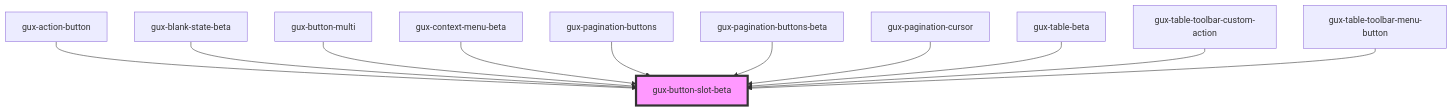
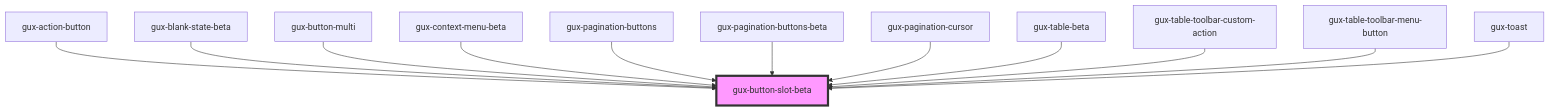
The diagram in packages/genesys-spark-components/src/components/beta/gux-button-slot/readme.md (MyPureCloud/genesys-spark), drawn with Mermaid before and after one commit. The commit also changed other lines of this file and 38 other files, not shown here.

Commit message:
feat(toast): creating gux-toast and moving old toast components to legacy

````diff
--- a/packages/genesys-spark-components/src/components/beta/gux-button-slot/readme.md
+++ b/packages/genesys-spark-components/src/components/beta/gux-button-slot/readme.md
@@ -35,14 +36,15 @@
 ```mermaid
 graph TD;
   gux-action-button --> gux-button-slot-beta
   gux-blank-state-beta --> gux-button-slot-beta
   gux-button-multi --> gux-button-slot-beta
   gux-context-menu-beta --> gux-button-slot-beta
   gux-pagination-buttons --> gux-button-slot-beta
   gux-pagination-buttons-beta --> gux-button-slot-beta
   gux-pagination-cursor --> gux-button-slot-beta
   gux-table-beta --> gux-button-slot-beta
   gux-table-toolbar-custom-action --> gux-button-slot-beta
   gux-table-toolbar-menu-button --> gux-button-slot-beta
+  gux-toast --> gux-button-slot-beta
   style gux-button-slot-beta fill:#f9f,stroke:#333,stroke-width:4px
 ```
````
